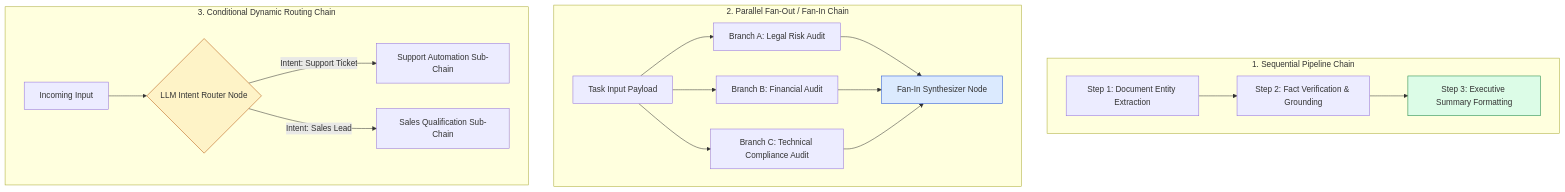
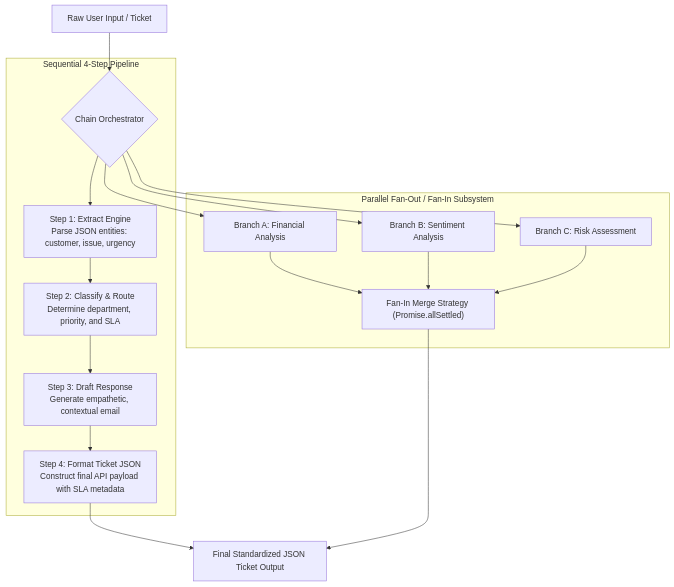
One commit to Amie-dev/engineering-playbook changed the diagram in agentic-ai-notes/00-foundations/05-prompt-chaining.md. Above: the diagram before and after it, drawn with Mermaid. The commit also changed other lines of this file and 27 other files, not shown here.

````diff
--- a/agentic-ai-notes/00-foundations/05-prompt-chaining.md
+++ b/agentic-ai-notes/00-foundations/05-prompt-chaining.md
@@ -13,27 +9,24 @@
 ```mermaid
 flowchart TD
-    subgraph 1. Sequential Pipeline Chain
-        S1[Step 1: Document Entity Extraction] --> S2[Step 2: Fact Verification & Grounding]
-        S2 --> S3[Step 3: Executive Summary Formatting]
+    RawInput[Raw User Input / Ticket] --> RouterStep{"Chain Orchestrator"}
+    
+    subgraph Sequential 4-Step Pipeline
+        RouterStep --> Step1["Step 1: Extract Engine<br/>Parse JSON entities: customer, issue, urgency"]
+        Step1 --> Step2["Step 2: Classify & Route<br/>Determine department, priority, and SLA"]
+        Step2 --> Step3["Step 3: Draft Response<br/>Generate empathetic, contextual email"]
+        Step3 --> Step4["Step 4: Format Ticket JSON<br/>Construct final API payload with SLA metadata"]
     end
-
-    subgraph 2. Parallel Fan-Out / Fan-In Chain
-        PInput[Task Input Payload] --> PBranch1[Branch A: Legal Risk Audit]
-        PInput --> PBranch2[Branch B: Financial Audit]
-        PInput --> PBranch3[Branch C: Technical Compliance Audit]
+    
+    subgraph Parallel Fan-Out / Fan-In Subsystem
+        RouterStep --> BranchA["Branch A: Financial Analysis"]
+        RouterStep --> BranchB["Branch B: Sentiment Analysis"]
+        RouterStep --> BranchC["Branch C: Risk Assessment"]
         
-        PBranch1 --> FanInAggregator[Fan-In Synthesizer Node]
-        PBranch2 --> FanInAggregator
-        PBranch3 --> FanInAggregator
+        BranchA --> MergeNode["Fan-In Merge Strategy (Promise.allSettled)"]
+        BranchB --> MergeNode
+        BranchC --> MergeNode
     end
-
-    subgraph 3. Conditional Dynamic Routing Chain
-        RouterInput[Incoming Input] --> Classifier{LLM Intent Router Node}
-        Classifier -- "Intent: Support Ticket" --> RouteSupport[Support Automation Sub-Chain]
-        Classifier -- "Intent: Sales Lead" --> RouteSales[Sales Qualification Sub-Chain]
-    end
-
-    style S3 fill:#dcfce7,stroke:#15803d
-    style FanInAggregator fill:#dbeafe,stroke:#1d4ed8
-    style Classifier fill:#fef3c7,stroke:#b45309
+    
+    Step4 --> FinalOutput[Final Standardized JSON Ticket Output]
+    MergeNode --> FinalOutput
 ```
````
